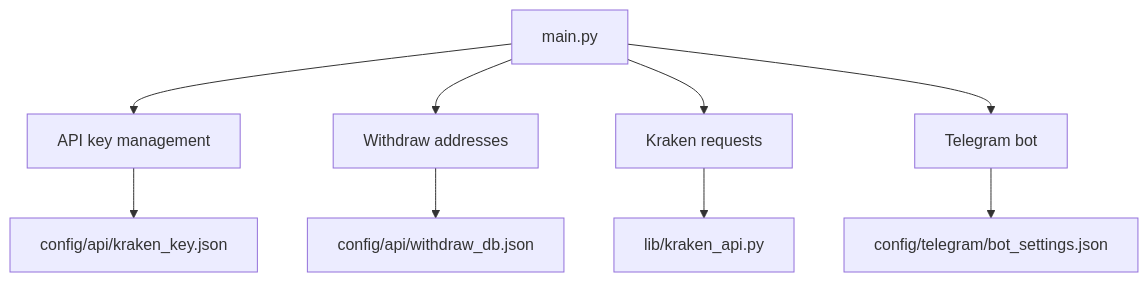
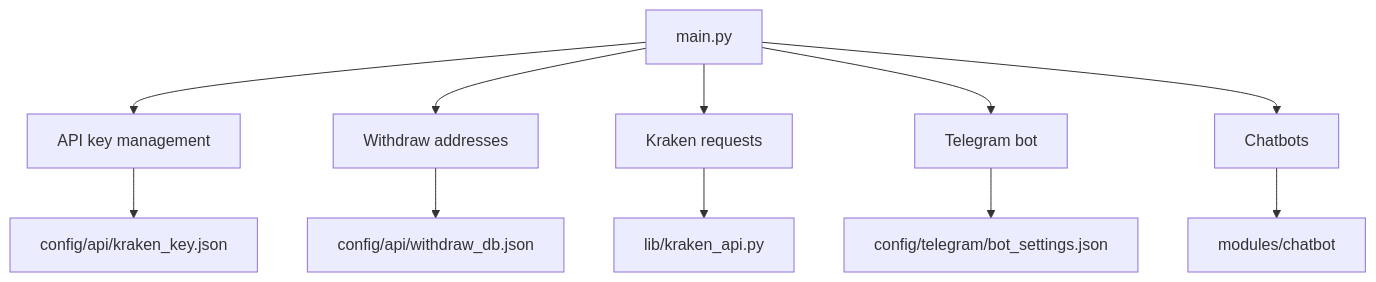
The diagram in docs/overview.md (Freddyslim/krakenbot), drawn with Mermaid before and after one commit. The commit also changed 9 other files, not shown here.

````diff
--- a/docs/overview.md
+++ b/docs/overview.md
@@ -3,11 +3,13 @@
 ```mermaid
 flowchart TD
     A[main.py] --> B[API key management]
     A --> C[Withdraw addresses]
     A --> D[Kraken requests]
     A --> E[Telegram bot]
+    A --> J[Chatbots]
     B --> F[config/api/kraken_key.json]
     C --> G[config/api/withdraw_db.json]
     E --> H[config/telegram/bot_settings.json]
     D --> I[lib/kraken_api.py]
+    J --> K[modules/chatbot]
 ```
````
